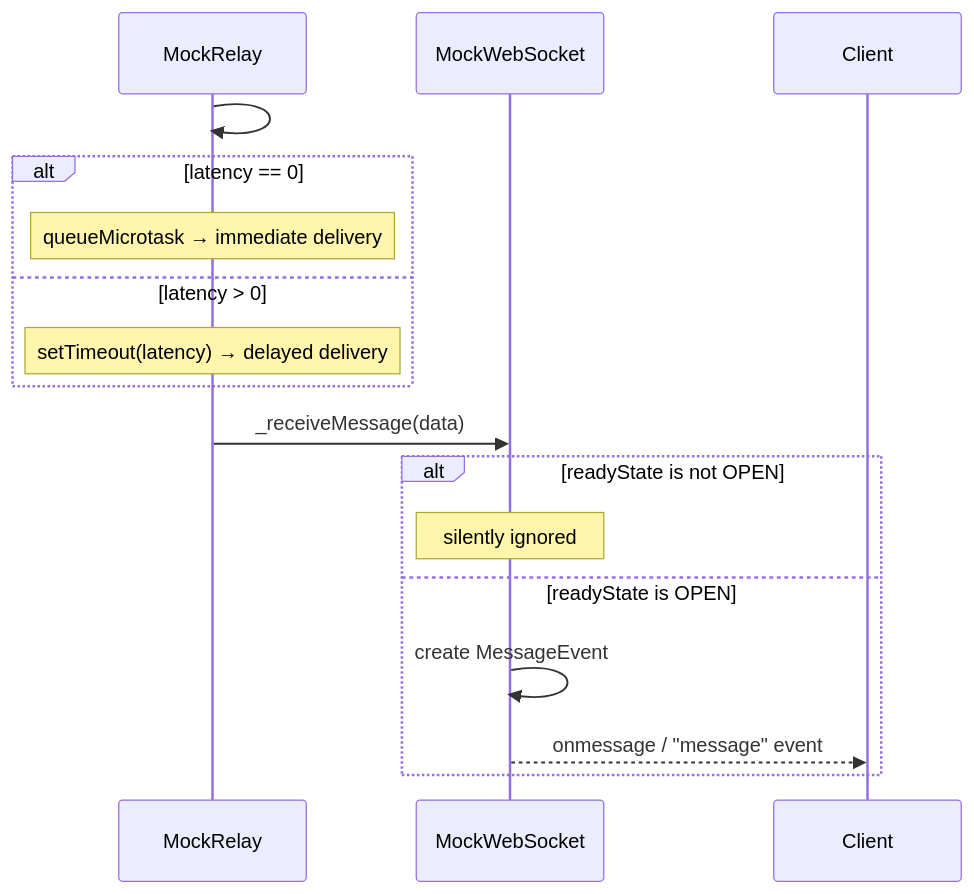
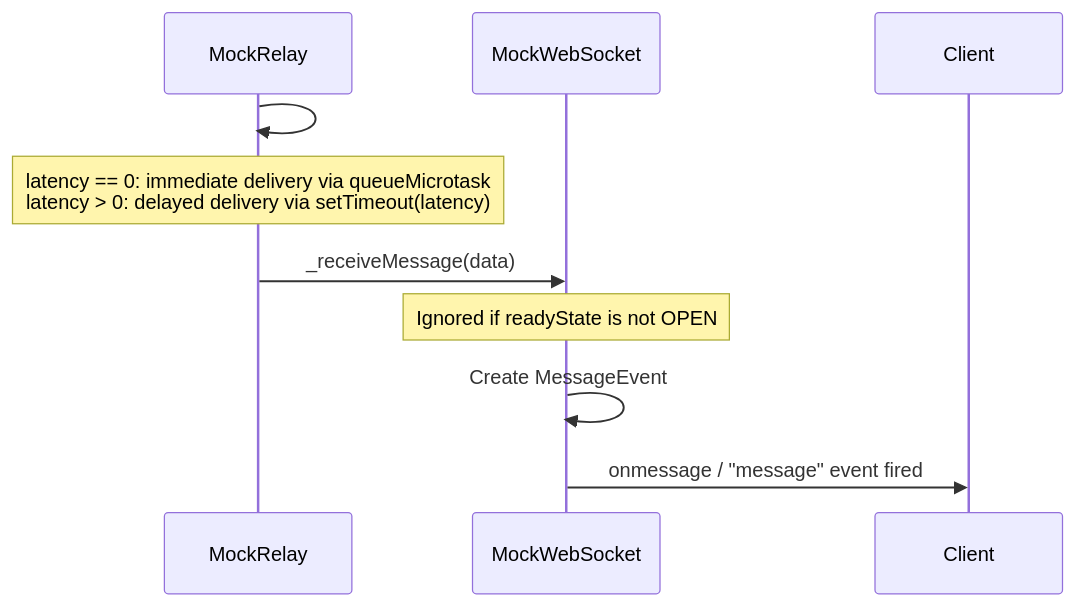
Before and after one commit to ikuradon/tsunagiya: the seventh of 15 diagrams in docs/en/reference/architecture.md, drawn with Mermaid. The commit also changed other lines of this file and 12 other files, not shown here.

First line of the commit message:
fix: architecture.md の日英齟齬を解消し未使用ファイルを削除

````diff
--- a/docs/en/reference/architecture.md
+++ b/docs/en/reference/architecture.md
@@ -248,21 +263,14 @@
 ```mermaid
 sequenceDiagram
     participant MR as MockRelay
     participant MWS as MockWebSocket
     participant C as Client
 
     MR->>MR: #sendWithLatency(ws, message)
-    alt latency == 0
-        Note over MR: queueMicrotask → immediate delivery
-    else latency > 0
-        Note over MR: setTimeout(latency) → delayed delivery
-    end
+    Note over MR: latency == 0: immediate delivery via queueMicrotask<br>latency  > 0: delayed delivery via setTimeout(latency)
 
     MR->>MWS: _receiveMessage(data)
-    alt readyState is not OPEN
-        Note over MWS: silently ignored
-    else readyState is OPEN
-        MWS->>MWS: create MessageEvent
-        MWS-->>C: onmessage / "message" event
-    end
+    Note over MWS: Ignored if readyState is not OPEN
+    MWS->>MWS: Create MessageEvent
+    MWS->>C: onmessage / "message" event fired
 ```
````
